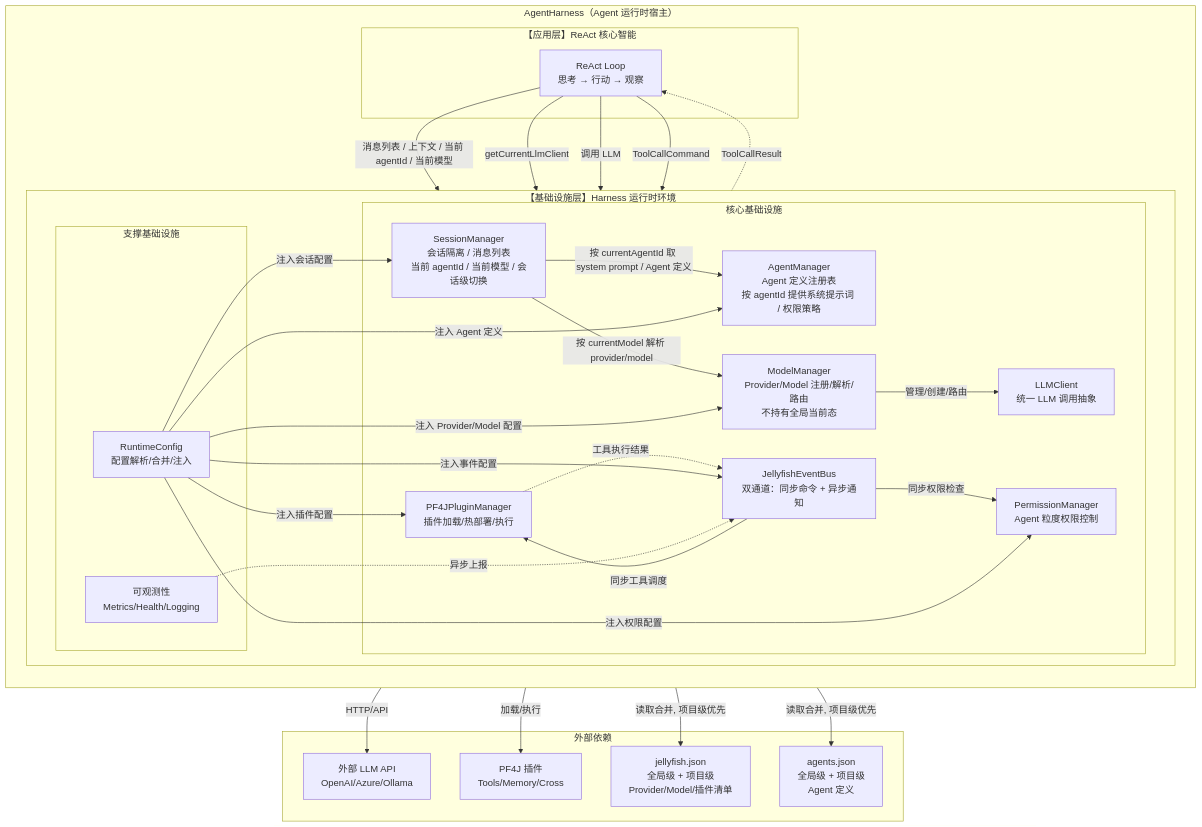
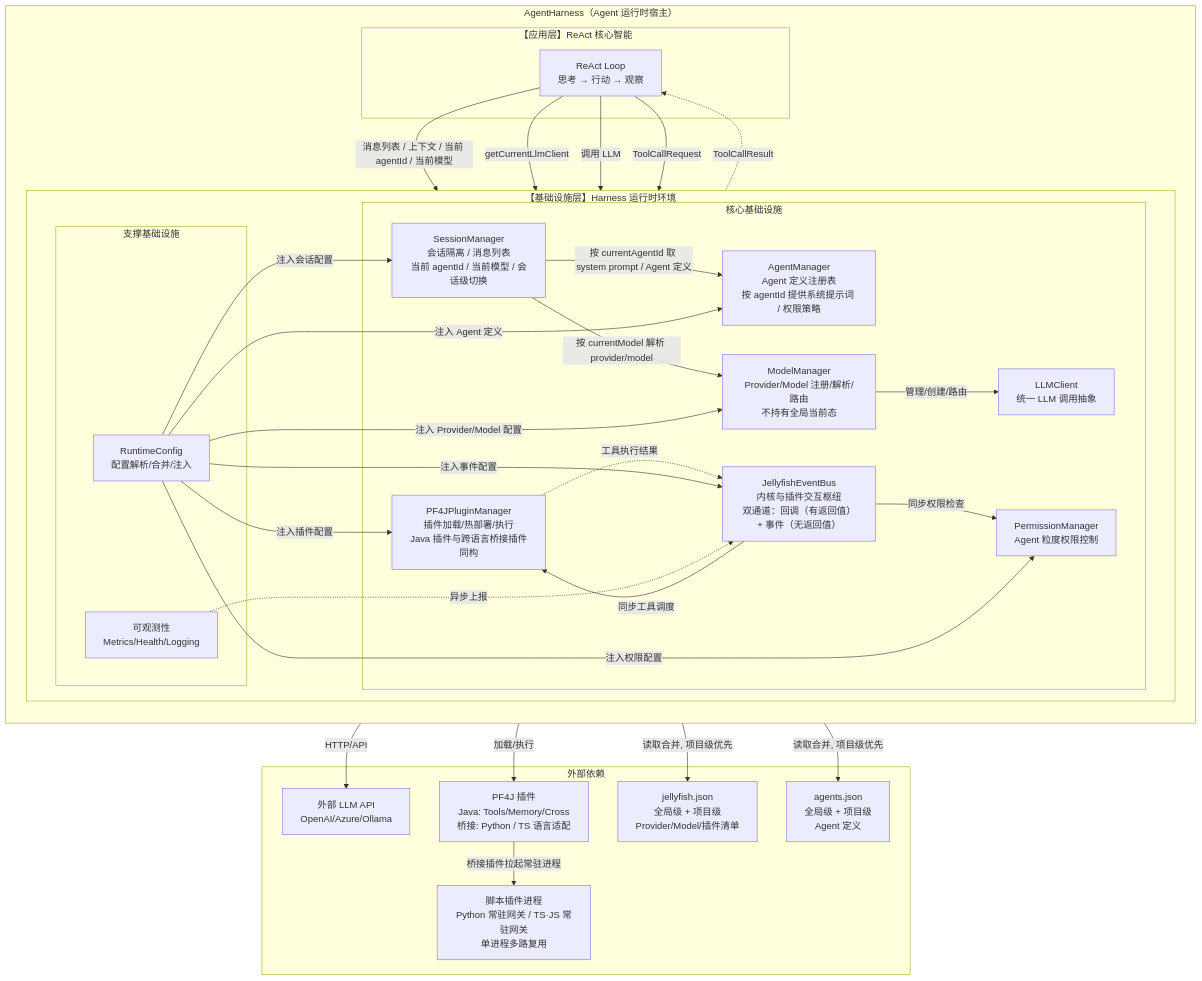
One commit to zcd0831/Jellyfish changed the first of 3 diagrams in Jellyfish技术方案.md. Above: the diagram before and after it, drawn with Mermaid. The commit also changed other lines of this file and 5 other files, not shown here.

````diff
--- a/Jellyfish技术方案.md
+++ b/Jellyfish技术方案.md
@@ -61,70 +61,72 @@
 ```mermaid
 flowchart TB
     subgraph AgentHarness["AgentHarness（Agent 运行时宿主）"]
         direction TB
 
         subgraph AppLayer["【应用层】ReAct 核心智能"]
             ReAct["ReAct Loop<br>思考 → 行动 → 观察"]
         end
 
         subgraph InfraLayer["【基础设施层】Harness 运行时环境"]
             direction LR
 
             subgraph CoreInfra["核心基础设施"]
-                EventBus["JellyfishEventBus<br>双通道：同步命令 + 异步通知"]
+                EventBus["JellyfishEventBus<br>内核与插件交互枢纽<br>双通道：回调（有返回值）+ 事件（无返回值）"]
                 SessionMgr["SessionManager<br>会话隔离 / 消息列表<br>当前 agentId / 当前模型 / 会话级切换"]
                 AgentMgr["AgentManager<br>Agent 定义注册表<br>按 agentId 提供系统提示词 / 权限策略"]
                 ModelMgr["ModelManager<br>Provider/Model 注册/解析/路由<br>不持有全局当前态"]
                 LLMClient["LLMClient<br>统一 LLM 调用抽象"]
-                PluginMgr["PF4JPluginManager<br>插件加载/热部署/执行"]
+                PluginMgr["PF4JPluginManager<br>插件加载/热部署/执行<br>Java 插件与跨语言桥接插件同构"]
                 PermMgr["PermissionManager<br>Agent 粒度权限控制"]
             end
 
             subgraph SupportInfra["支撑基础设施"]
                 Runtime["RuntimeConfig<br>配置解析/合并/注入"]
                 Metrics["可观测性<br>Metrics/Health/Logging"]
             end
         end
     end
 
     subgraph External["外部依赖"]
         LLM["外部 LLM API<br>OpenAI/Azure/Ollama"]
-        Plugins["PF4J 插件<br>Tools/Memory/Cross"]
+        Plugins["PF4J 插件<br>Java: Tools/Memory/Cross<br>桥接: Python / TS 语言适配"]
+        Scripts["脚本插件进程<br>Python 常驻网关 / TS·JS 常驻网关<br>单进程多路复用"]
         Jelly["jellyfish.json<br>全局级 + 项目级<br>Provider/Model/插件清单"]
         Agents["agents.json<br>全局级 + 项目级<br>Agent 定义"]
     end
 
     %% ===================== 应用层 -> 基础设施层 =====================
     ReAct -->|消息列表 / 上下文 / 当前 agentId / 当前模型| SessionMgr
     ReAct -->|getCurrentLlmClient| ModelMgr
     ReAct -->|调用 LLM| LLMClient
-    ReAct -->|ToolCallCommand| EventBus
+    ReAct -->|ToolCallRequest| EventBus
     EventBus -.->|ToolCallResult| ReAct
 
     %% ===================== 会话与 Agent 定义 =====================
     SessionMgr -->|按 currentAgentId 取 system prompt / Agent 定义| AgentMgr
     SessionMgr -->|按 currentModel 解析 provider/model| ModelMgr
 
     %% ===================== LLM 调用链 =====================
     ModelMgr -->|管理/创建/路由| LLMClient
     LLMClient -->|HTTP/API| LLM
 
     %% ===================== EventBus 调度 =====================
     EventBus -->|同步权限检查| PermMgr
     EventBus -->|同步工具调度| PluginMgr
     PluginMgr -->|加载/执行| Plugins
+    Plugins -->|桥接插件拉起常驻进程| Scripts
     PluginMgr -.->|工具执行结果| EventBus
 
     %% ===================== RuntimeConfig 注入 =====================
     Runtime -->|读取合并, 项目级优先| Jelly
     Runtime -->|读取合并, 项目级优先| Agents
     Runtime -->|注入 Provider/Model 配置| ModelMgr
     Runtime -->|注入 Agent 定义| AgentMgr
     Runtime -->|注入插件配置| PluginMgr
     Runtime -->|注入权限配置| PermMgr
     Runtime -->|注入会话配置| SessionMgr
     Runtime -->|注入事件配置| EventBus
 
     %% ===================== 可观测性 =====================
     Metrics -.->|异步上报| EventBus
 ```
````
